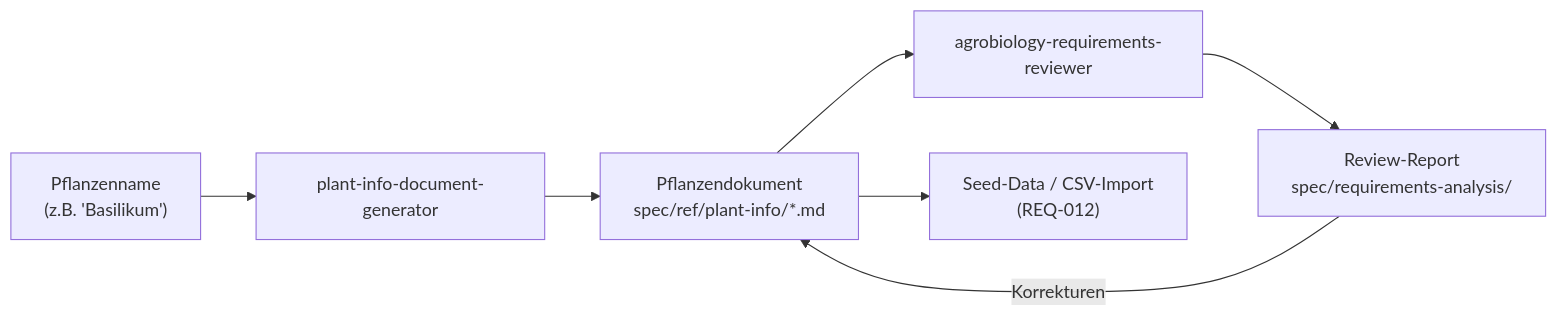
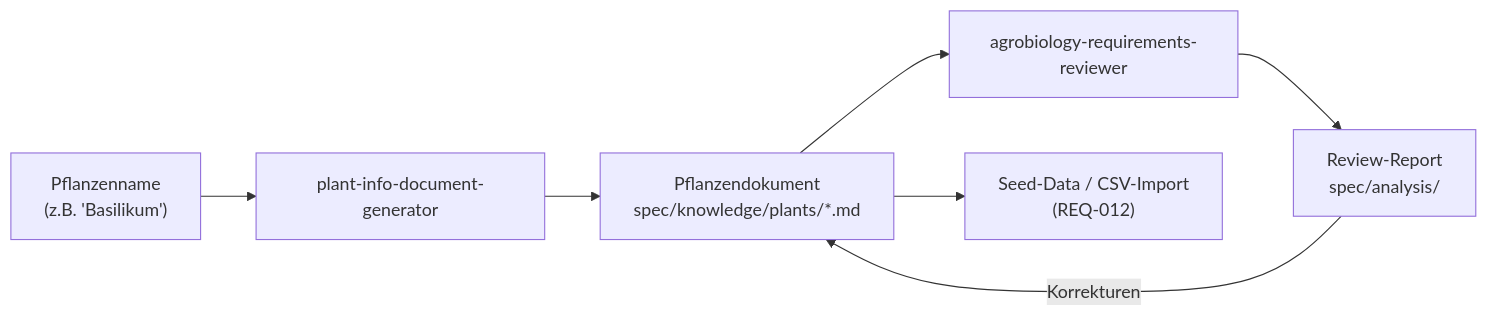
One commit to nolte/kamerplanter changed the diagram in docs/de/guides/ai-plant-data-pipeline.md. Above: the diagram before and after it, drawn with Mermaid. The commit also changed other lines of this file and 671 other files, not shown here.

````diff
--- a/docs/de/guides/ai-plant-data-pipeline.md
+++ b/docs/de/guides/ai-plant-data-pipeline.md
@@ -7,9 +7,9 @@
 ```mermaid
 flowchart LR
     A["Pflanzenname\n(z.B. 'Basilikum')"] --> B["plant-info-document-generator"]
-    B --> C["Pflanzendokument\nspec/ref/plant-info/*.md"]
+    B --> C["Pflanzendokument\nspec/knowledge/plants/*.md"]
     C --> D["agrobiology-requirements-reviewer"]
-    D --> E["Review-Report\nspec/requirements-analysis/"]
+    D --> E["Review-Report\nspec/analysis/"]
     E -->|Korrekturen| C
     C --> F["Seed-Data / CSV-Import\n(REQ-012)"]
 ```
````
